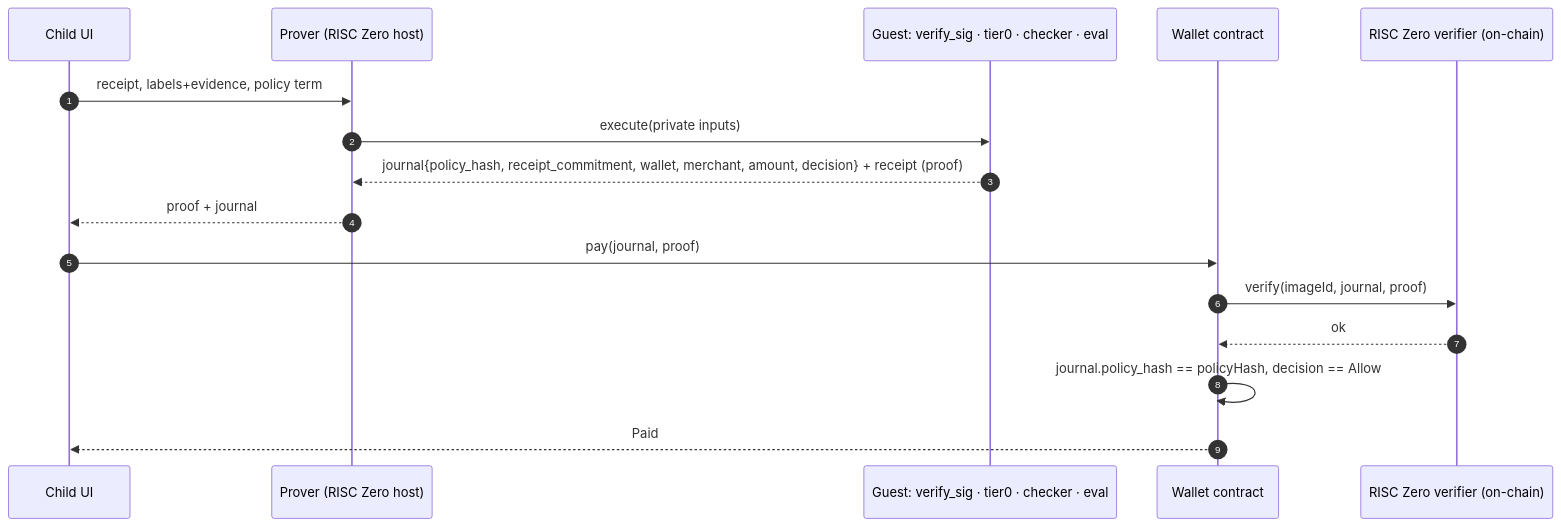
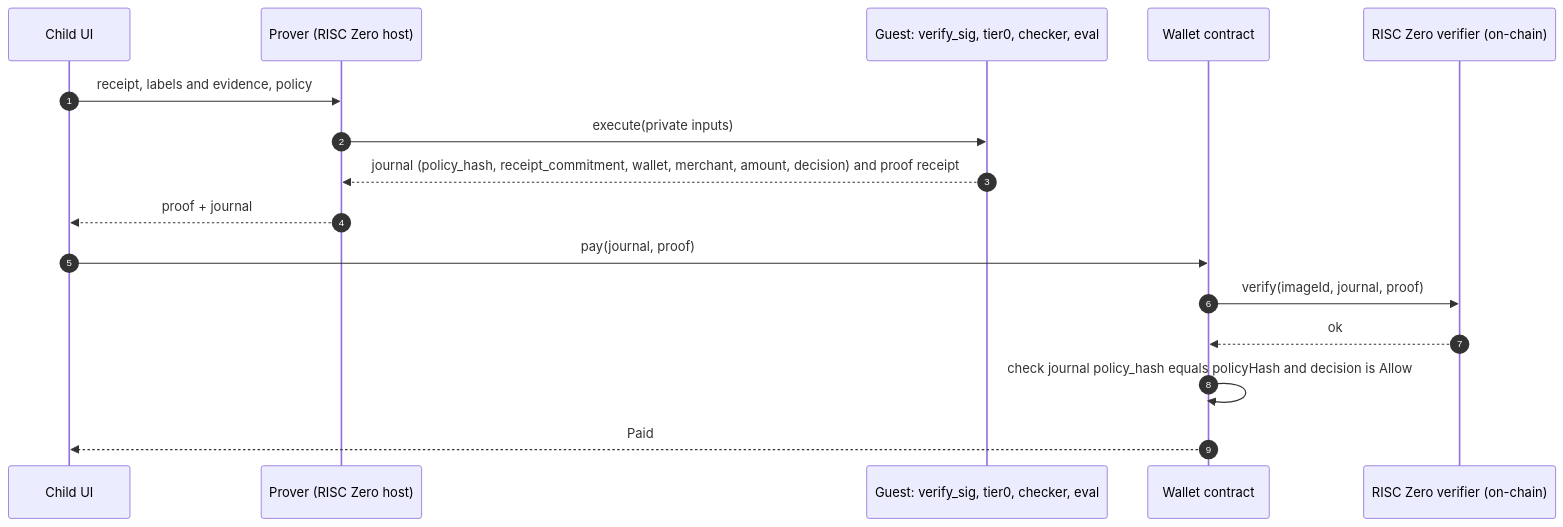
The seventh of 7 diagrams in tech-design.md (mnemonik-xyz/warrant), drawn with Mermaid before and after one commit. The commit also changed other lines of this file, not shown here.

First line of the commit message:
docs: tech-design describes the current release; fix diagrams; sealed A2A note (#5)

````diff
--- a/tech-design.md
+++ b/tech-design.md
@@ -378,19 +402,19 @@
 ```mermaid
 sequenceDiagram
   autonumber
   participant UI as Child UI
   participant PR as Prover (RISC Zero host)
-  participant G as Guest: verify_sig · tier0 · checker · eval
+  participant G as Guest: verify_sig, tier0, checker, eval
   participant W as Wallet contract
   participant VF as RISC Zero verifier (on-chain)
 
-  UI->>PR: receipt, labels+evidence, policy term
+  UI->>PR: receipt, labels and evidence, policy
   PR->>G: execute(private inputs)
-  G-->>PR: journal{policy_hash, receipt_commitment, wallet, merchant, amount, decision} + receipt (proof)
+  G-->>PR: journal (policy_hash, receipt_commitment, wallet, merchant, amount, decision) and proof receipt
   PR-->>UI: proof + journal
   UI->>W: pay(journal, proof)
   W->>VF: verify(imageId, journal, proof)
   VF-->>W: ok
-  W->>W: journal.policy_hash == policyHash, decision == Allow
+  W->>W: check journal policy_hash equals policyHash and decision is Allow
   W-->>UI: Paid
 ```
````
